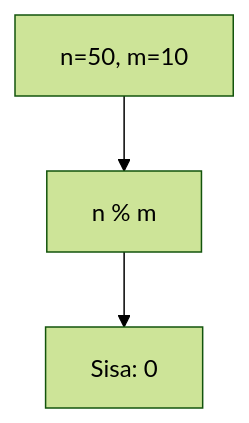
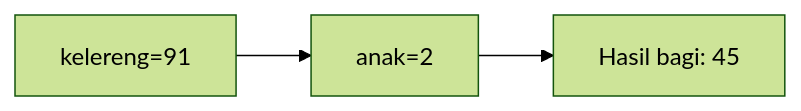
One commit to amnahwaida/OSNK_INF_PREP changed diagram 13 of 25 in part-c-pemahaman-cpp/01-tipe-data/latihan/set-01.md. Above: the diagram before and after it, drawn with Mermaid (forest theme). The commit also changed other lines of this file and 71 other files, not shown here.

````diff
--- a/part-c-pemahaman-cpp/01-tipe-data/latihan/set-01.md
+++ b/part-c-pemahaman-cpp/01-tipe-data/latihan/set-01.md
@@ -348,5 +365,5 @@
 ```mermaid
-graph TD
-A["n=50, m=10"] --> B["n % m"]
-B --> C["Sisa: 0"]
+graph LR
+A["kelereng=91"] --> B["anak=2"]
+B --> C["Hasil bagi: 45"]
 ```
````
